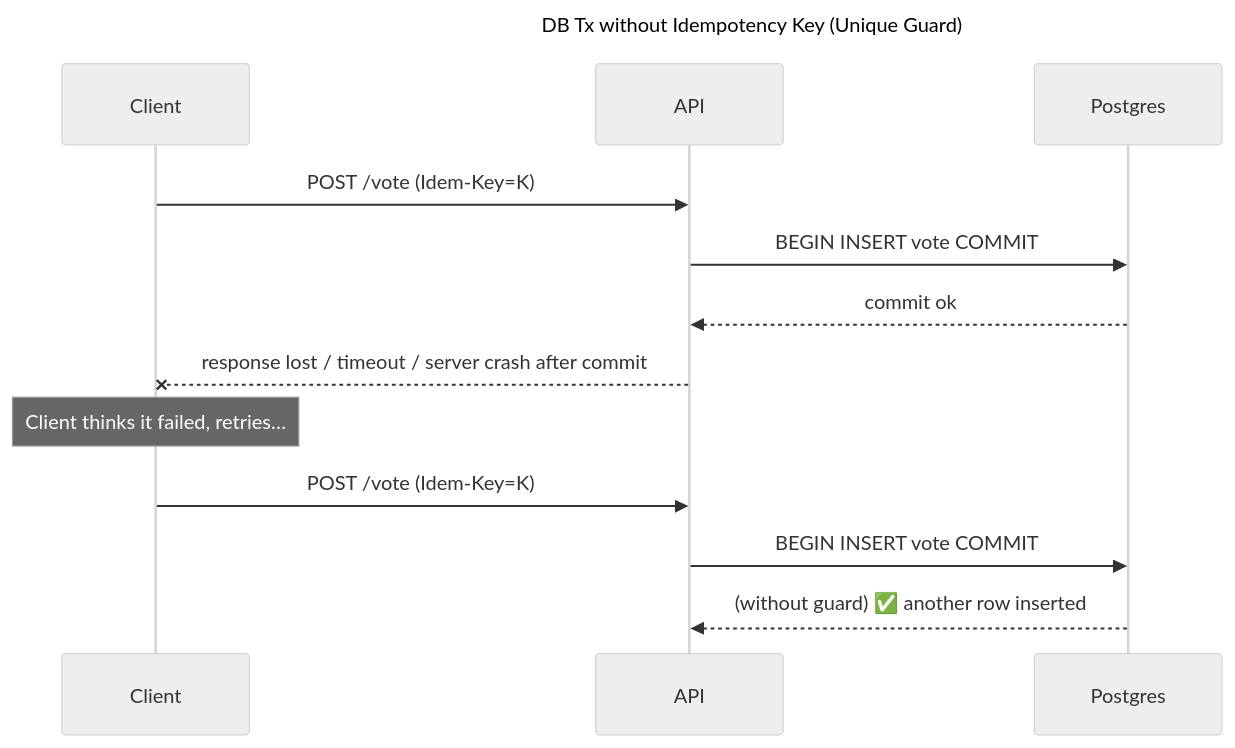
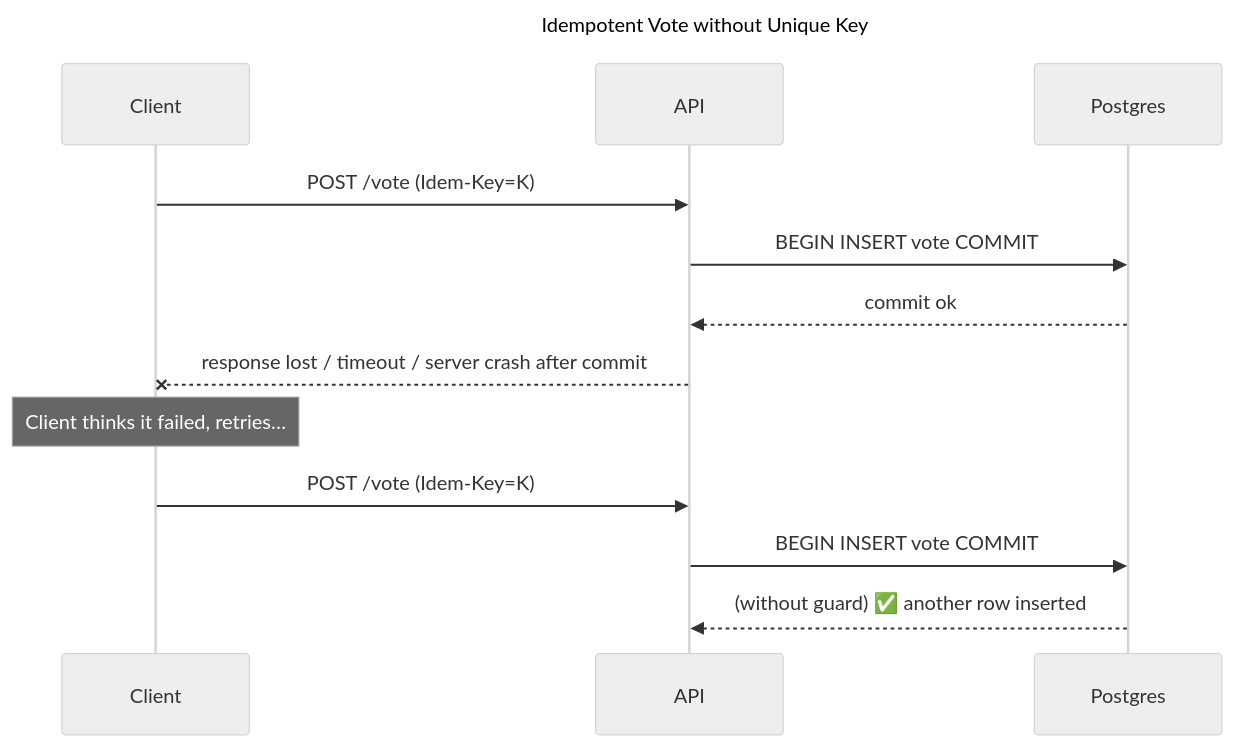
One commit to sandbox-as-a-service/docs changed the first of 2 diagrams in idempotency.md. Above: the diagram before and after it, drawn with Mermaid.

````diff
--- a/idempotency.md
+++ b/idempotency.md
@@ -1,22 +1,22 @@
 ```mermaid
 ---
-title: DB Tx without Idempotency Key (Unique Guard)
+title: Idempotent Vote without Unique Key
 config:
   theme: neutral
 ---
 sequenceDiagram
   participant C as Client
   participant S as API
   participant DB as Postgres
 
   C->>S: POST /vote (Idem-Key=K)
   S->>DB: BEGIN INSERT vote COMMIT
   DB-->>S: commit ok
   S--X C: response lost / timeout / server crash after commit
 
   Note over C: Client thinks it failed, retries…
 
   C->>S: POST /vote (Idem-Key=K)
   S->>DB: BEGIN INSERT vote COMMIT
   DB-->>S: (without guard) ✅ another row inserted
 ```
````
